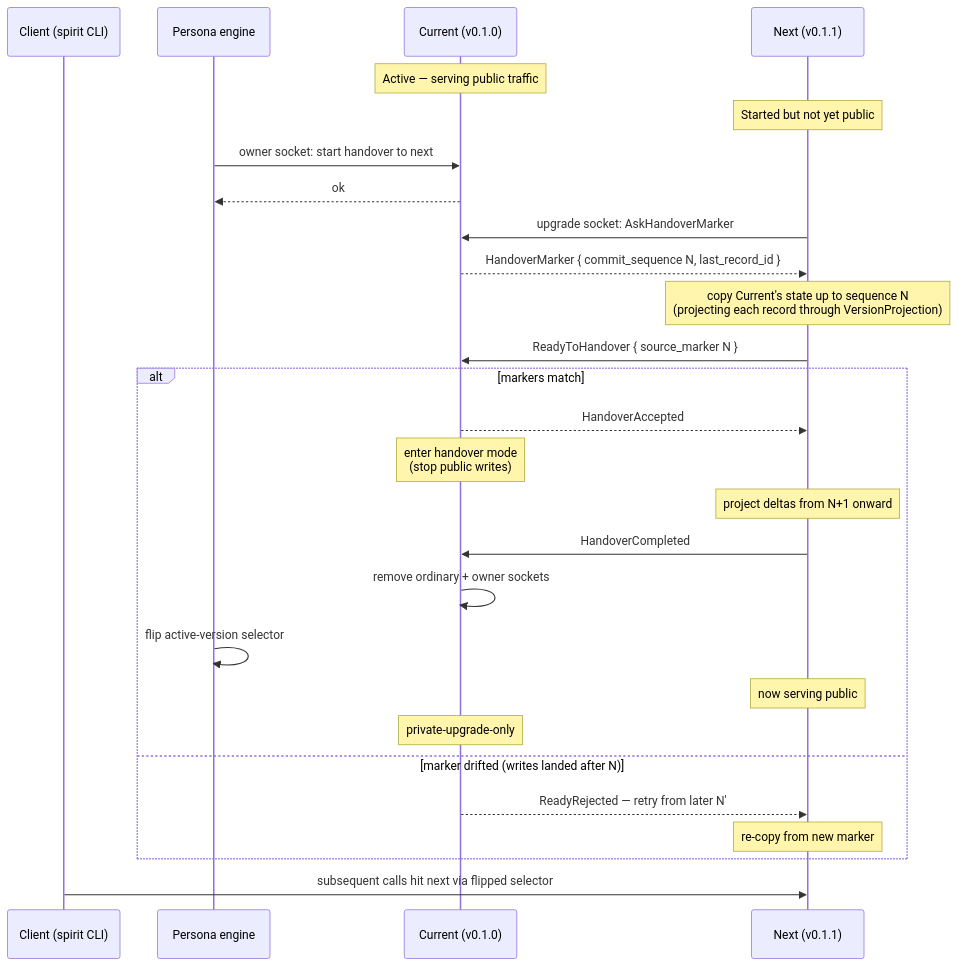
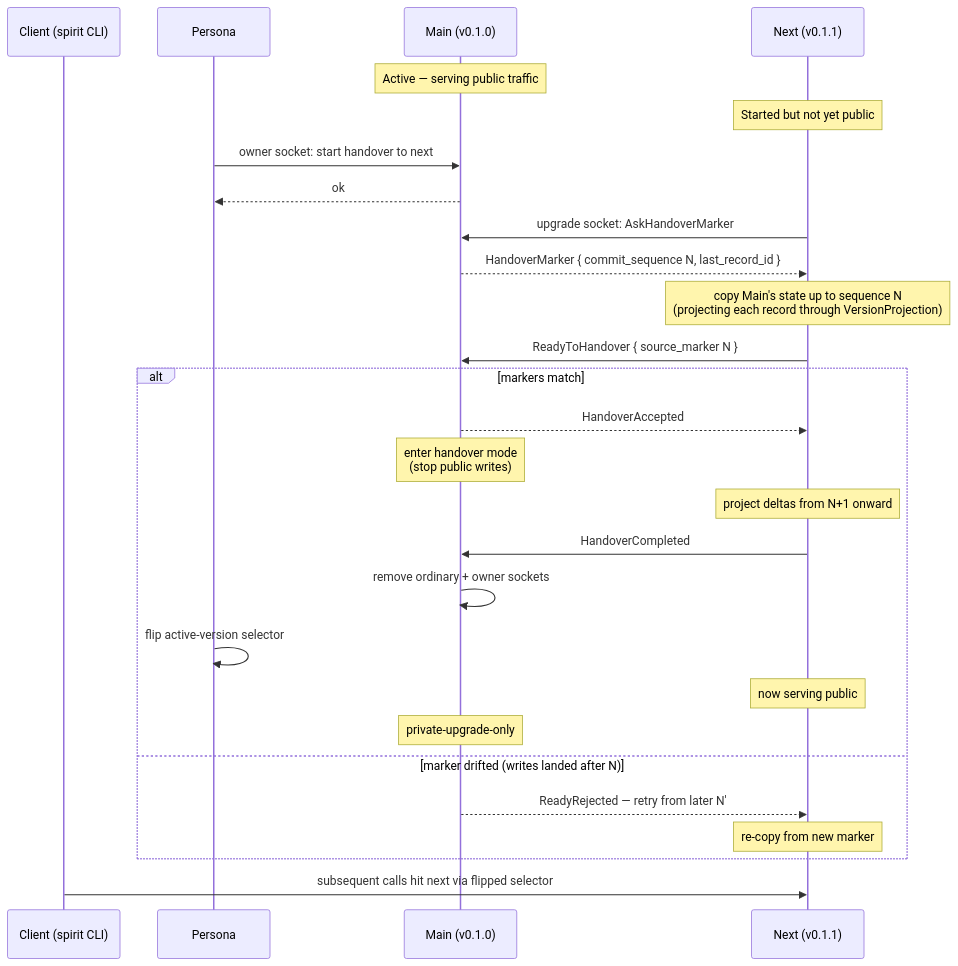
The second of 3 diagrams in reports/designer/287-version-handover-component-explained.md (LiGoldragon/primary), drawn with Mermaid before and after one commit. The commit also changed other lines of this file and 12 other files, not shown here.

````diff
--- a/reports/designer/287-version-handover-component-explained.md
+++ b/reports/designer/287-version-handover-component-explained.md
@@ -71,36 +71,36 @@
 ```mermaid
 sequenceDiagram
     participant CLI as Client (spirit CLI)
-    participant Engine as Persona engine
-    participant Cur as Current (v0.1.0)
+    participant Engine as Persona
+    participant Cur as Main (v0.1.0)
     participant Nxt as Next (v0.1.1)
 
     Note over Cur: Active — serving public traffic
     Note over Nxt: Started but not yet public
 
     Engine->>Cur: owner socket: start handover to next
     Cur-->>Engine: ok
 
     Nxt->>Cur: upgrade socket: AskHandoverMarker
     Cur-->>Nxt: HandoverMarker { commit_sequence N, last_record_id }
 
-    Note over Nxt: copy Current's state up to sequence N<br/>(projecting each record through VersionProjection)
+    Note over Nxt: copy Main's state up to sequence N<br/>(projecting each record through VersionProjection)
 
     Nxt->>Cur: ReadyToHandover { source_marker N }
 
     alt markers match
         Cur-->>Nxt: HandoverAccepted
         Note over Cur: enter handover mode<br/>(stop public writes)
         Note over Nxt: project deltas from N+1 onward
         Nxt->>Cur: HandoverCompleted
         Cur->>Cur: remove ordinary + owner sockets
         Engine->>Engine: flip active-version selector
         Note over Nxt: now serving public
         Note over Cur: private-upgrade-only
     else marker drifted (writes landed after N)
         Cur-->>Nxt: ReadyRejected — retry from later N'
         Note over Nxt: re-copy from new marker
     end
 
     CLI->>Nxt: subsequent calls hit next via flipped selector
 ```
````
